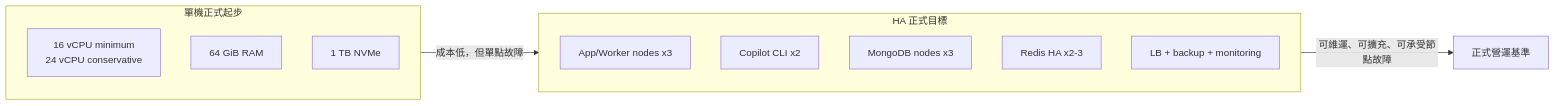
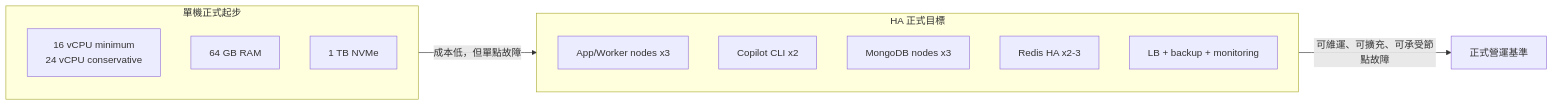
Before and after one commit to chunkai1312/temp: the tenth of 17 diagrams in production-resource-architecture-proposal.md, drawn with Mermaid. The commit also changed other lines of this file, not shown here.

````diff
--- a/production-resource-architecture-proposal.md
+++ b/production-resource-architecture-proposal.md
@@ -421,17 +421,17 @@
 ```mermaid
 flowchart LR
   subgraph SINGLE["單機正式起步"]
     S1["16 vCPU minimum\n24 vCPU conservative"]
-    S2["64 GiB RAM"]
+    S2["64 GB RAM"]
     S3["1 TB NVMe"]
   end
   subgraph HA["HA 正式目標"]
     A1["App/Worker nodes x3"]
     C1["Copilot CLI x2"]
     D1["MongoDB nodes x3"]
     R1["Redis HA x2-3"]
     B1["LB + backup + monitoring"]
   end
   SINGLE -->|"成本低，但單點故障"| HA
   HA -->|"可維運、可擴充、可承受節點故障"| PROD["正式營運基準"]
 ```
````
